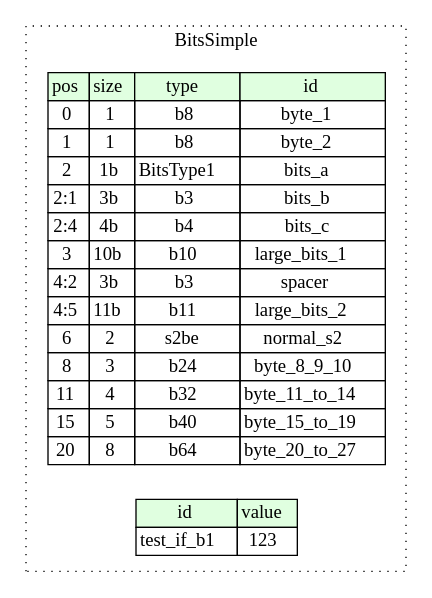
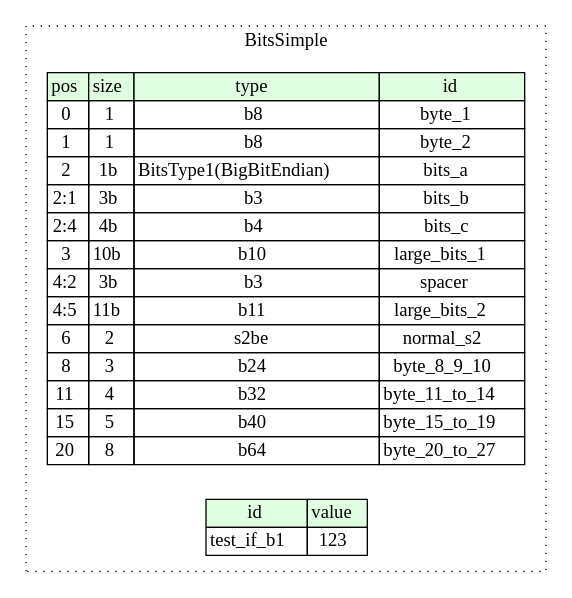
Before and after one commit to kaitai-io/ci_targets: the diagram in compiled/graphviz/bits_simple.dot, drawn with Graphviz. The commit also changed 86 other files, not shown here.

```diff
--- a/compiled/graphviz/bits_simple.dot
+++ b/compiled/graphviz/bits_simple.dot
@@ -1,29 +1,29 @@
 digraph {
 	rankdir=LR;
 	node [shape=plaintext];
 	subgraph cluster__bits_simple {
 		label="BitsSimple";
 		graph[style=dotted];
 
 		bits_simple__seq [label=<<TABLE BORDER="0" CELLBORDER="1" CELLSPACING="0">
 			<TR><TD BGCOLOR="#E0FFE0">pos</TD><TD BGCOLOR="#E0FFE0">size</TD><TD BGCOLOR="#E0FFE0">type</TD><TD BGCOLOR="#E0FFE0">id</TD></TR>
 			<TR><TD PORT="byte_1_pos">0</TD><TD PORT="byte_1_size">1</TD><TD>b8</TD><TD PORT="byte_1_type">byte_1</TD></TR>
 			<TR><TD PORT="byte_2_pos">1</TD><TD PORT="byte_2_size">1</TD><TD>b8</TD><TD PORT="byte_2_type">byte_2</TD></TR>
-			<TR><TD PORT="bits_a_pos">2</TD><TD PORT="bits_a_size">1b</TD><TD>BitsType1</TD><TD PORT="bits_a_type">bits_a</TD></TR>
+			<TR><TD PORT="bits_a_pos">2</TD><TD PORT="bits_a_size">1b</TD><TD>BitsType1(BigBitEndian)</TD><TD PORT="bits_a_type">bits_a</TD></TR>
 			<TR><TD PORT="bits_b_pos">2:1</TD><TD PORT="bits_b_size">3b</TD><TD>b3</TD><TD PORT="bits_b_type">bits_b</TD></TR>
 			<TR><TD PORT="bits_c_pos">2:4</TD><TD PORT="bits_c_size">4b</TD><TD>b4</TD><TD PORT="bits_c_type">bits_c</TD></TR>
 			<TR><TD PORT="large_bits_1_pos">3</TD><TD PORT="large_bits_1_size">10b</TD><TD>b10</TD><TD PORT="large_bits_1_type">large_bits_1</TD></TR>
 			<TR><TD PORT="spacer_pos">4:2</TD><TD PORT="spacer_size">3b</TD><TD>b3</TD><TD PORT="spacer_type">spacer</TD></TR>
 			<TR><TD PORT="large_bits_2_pos">4:5</TD><TD PORT="large_bits_2_size">11b</TD><TD>b11</TD><TD PORT="large_bits_2_type">large_bits_2</TD></TR>
 			<TR><TD PORT="normal_s2_pos">6</TD><TD PORT="normal_s2_size">2</TD><TD>s2be</TD><TD PORT="normal_s2_type">normal_s2</TD></TR>
 			<TR><TD PORT="byte_8_9_10_pos">8</TD><TD PORT="byte_8_9_10_size">3</TD><TD>b24</TD><TD PORT="byte_8_9_10_type">byte_8_9_10</TD></TR>
 			<TR><TD PORT="byte_11_to_14_pos">11</TD><TD PORT="byte_11_to_14_size">4</TD><TD>b32</TD><TD PORT="byte_11_to_14_type">byte_11_to_14</TD></TR>
 			<TR><TD PORT="byte_15_to_19_pos">15</TD><TD PORT="byte_15_to_19_size">5</TD><TD>b40</TD><TD PORT="byte_15_to_19_type">byte_15_to_19</TD></TR>
 			<TR><TD PORT="byte_20_to_27_pos">20</TD><TD PORT="byte_20_to_27_size">8</TD><TD>b64</TD><TD PORT="byte_20_to_27_type">byte_20_to_27</TD></TR>
 		</TABLE>>];
 		bits_simple__inst__test_if_b1 [label=<<TABLE BORDER="0" CELLBORDER="1" CELLSPACING="0">
 			<TR><TD BGCOLOR="#E0FFE0">id</TD><TD BGCOLOR="#E0FFE0">value</TD></TR>
 			<TR><TD>test_if_b1</TD><TD>123</TD></TR>
 		</TABLE>>];
 	}
 }
```
